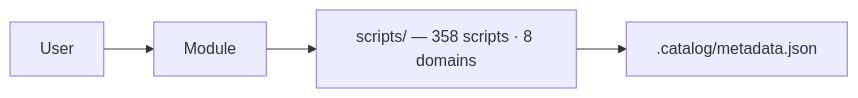
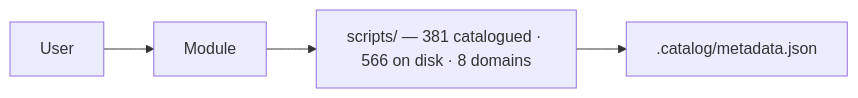
Before and after one commit to Carme99/bug-free-umbrella: the second of 2 diagrams in docs/Module.md, drawn with Mermaid. The commit also changed other lines of this file and 1167 other files, not shown here.

````diff
--- a/docs/Module.md
+++ b/docs/Module.md
@@ -58,6 +58,6 @@
 ```mermaid
 flowchart LR
     User --> MOD[Module]
-    MOD --> SCRIPTS[scripts/ — 358 scripts · 8 domains]
+    MOD --> SCRIPTS[scripts/ — 381 catalogued · 566 on disk · 8 domains]
     SCRIPTS --> CAT[.catalog/metadata.json]
 ```
````
